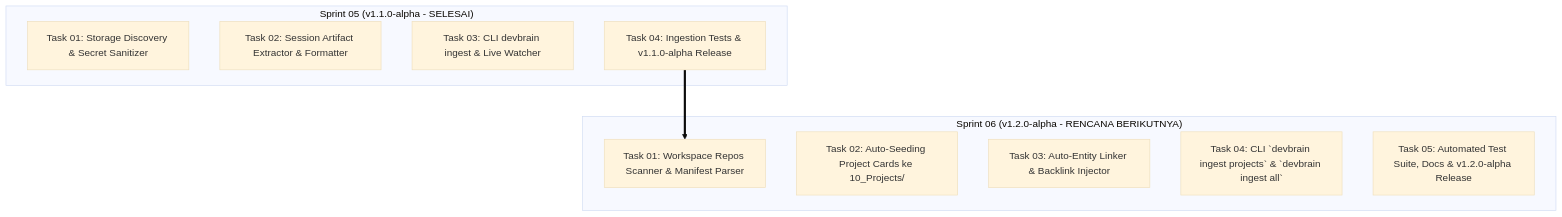
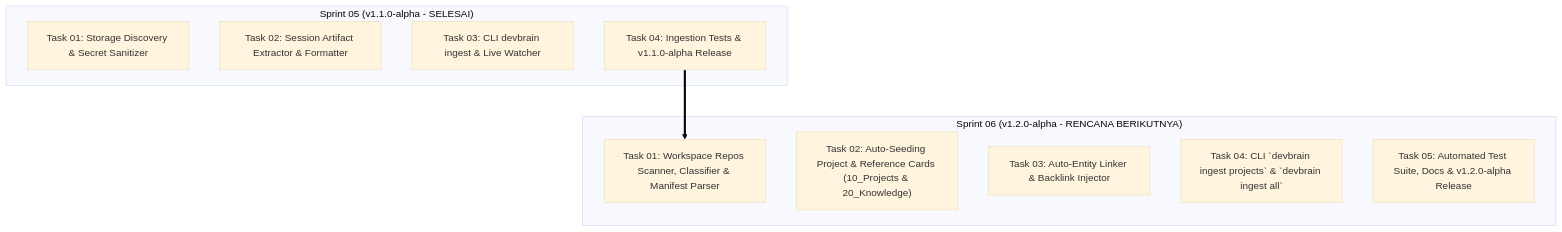
Before and after one commit to DycandX/devbrain: the diagram in docs/implementation-plan/level-1/02-implementation-plan-level-1-extend-1-1.md, drawn with Mermaid (base theme). The commit also changed other lines of this file and 3 other files, not shown here.

````diff
--- a/docs/implementation-plan/level-1/02-implementation-plan-level-1-extend-1-1.md
+++ b/docs/implementation-plan/level-1/02-implementation-plan-level-1-extend-1-1.md
@@ -48,19 +49,19 @@
 ```mermaid
 graph TD
     subgraph "Sprint 05 (v1.1.0-alpha - SELESAI)"
         S05_T1["Task 01: Storage Discovery & Secret Sanitizer"]
         S05_T2["Task 02: Session Artifact Extractor & Formatter"]
         S05_T3["Task 03: CLI devbrain ingest & Live Watcher"]
         S05_T4["Task 04: Ingestion Tests & v1.1.0-alpha Release"]
     end
 
     subgraph "Sprint 06 (v1.2.0-alpha - RENCANA BERIKUTNYA)"
-        S06_T1["Task 01: Workspace Repos Scanner & Manifest Parser"]
-        S06_T2["Task 02: Auto-Seeding Project Cards ke 10_Projects/"]
+        S06_T1["Task 01: Workspace Repos Scanner, Classifier & Manifest Parser"]
+        S06_T2["Task 02: Auto-Seeding Project & Reference Cards (10_Projects & 20_Knowledge)"]
         S06_T3["Task 03: Auto-Entity Linker & Backlink Injector"]
         S06_T4["Task 04: CLI `devbrain ingest projects` & `devbrain ingest all`"]
         S06_T5["Task 05: Automated Test Suite, Docs & v1.2.0-alpha Release"]
     end
 
     S05_T4 ==> S06_T1
 ```
````
